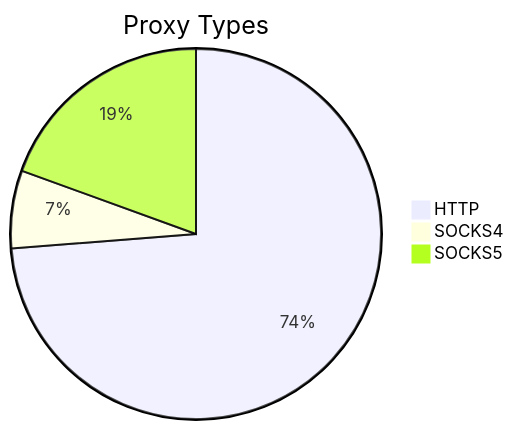
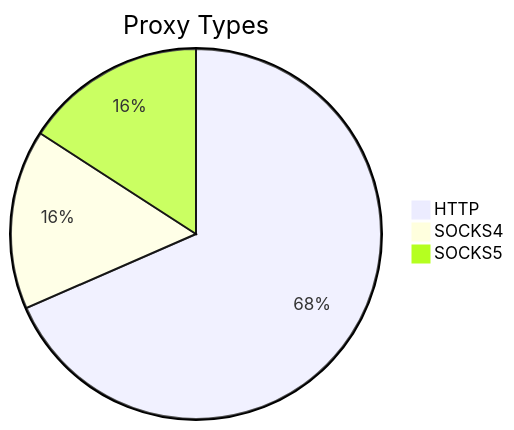
The first of 2 diagrams in README.md (stormsia/proxy-list), drawn with Mermaid before and after one commit. The commit also changed other lines of this file, not shown here.

````diff
--- a/README.md
+++ b/README.md
@@ -21,6 +21,6 @@
 ```mermaid
 pie title Proxy Types
-    "HTTP" : 163
-    "SOCKS4" : 15
-    "SOCKS5" : 43
+    "HTTP" : 397
+    "SOCKS4" : 91
+    "SOCKS5" : 92
 ```
````
